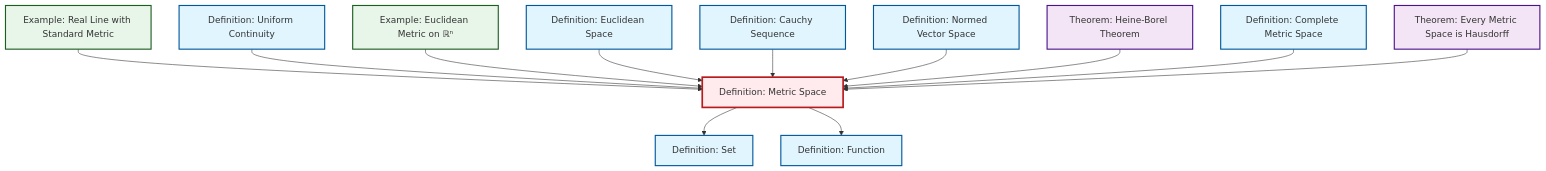
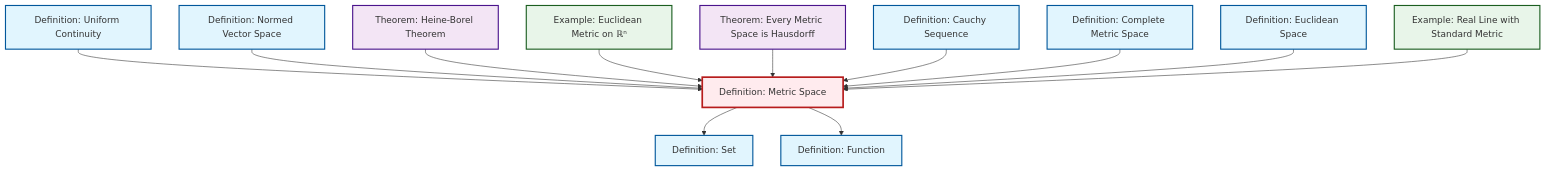
The diagram in content/ja/analysis/def-metric-space.qmd (RK0429/ModernMath), drawn with Mermaid before and after one commit. The commit also changed other lines of this file and 597 other files, not shown here.

````diff
--- a/content/ja/analysis/def-metric-space.qmd
+++ b/content/ja/analysis/def-metric-space.qmd
@@ -52,44 +52,44 @@
 ```{mermaid}
 %%| fig-cap: "Local dependency graph"
 graph TD
     classDef definition fill:#e1f5fe,stroke:#01579b,stroke-width:2px
     classDef theorem fill:#f3e5f5,stroke:#4a148c,stroke-width:2px
     classDef axiom fill:#fff3e0,stroke:#e65100,stroke-width:2px
     classDef example fill:#e8f5e9,stroke:#1b5e20,stroke-width:2px
     classDef current fill:#ffebee,stroke:#b71c1c,stroke-width:3px
+    def-complete-metric-space["Definition: Complete Metric Space"]:::definition
+    ex-euclidean-metric["Example: Euclidean Metric on ℝⁿ"]:::example
+    ex-real-line-metric["Example: Real Line with Standard Metric"]:::example
+    def-euclidean-space["Definition: Euclidean Space"]:::definition
+    thm-heine-borel["Theorem: Heine-Borel Theorem"]:::theorem
+    thm-metric-hausdorff["Theorem: Every Metric Space is Hausdorff"]:::theorem
+    def-uniform-continuity["Definition: Uniform Continuity"]:::definition
+    def-function["Definition: Function"]:::definition
+    def-metric-space["Definition: Metric Space"]:::definition
+    def-set["Definition: Set"]:::definition
+    def-cauchy-sequence["Definition: Cauchy Sequence"]:::definition
     def-normed-vector-space["Definition: Normed Vector Space"]:::definition
-    ex-real-line-metric["Example: Real Line with Standard Metric"]:::example
-    def-function["Definition: Function"]:::definition
-    thm-heine-borel["Theorem: Heine-Borel Theorem"]:::theorem
-    def-euclidean-space["Definition: Euclidean Space"]:::definition
-    def-uniform-continuity["Definition: Uniform Continuity"]:::definition
-    thm-metric-hausdorff["Theorem: Every Metric Space is Hausdorff"]:::theorem
-    ex-euclidean-metric["Example: Euclidean Metric on ℝⁿ"]:::example
-    def-metric-space["Definition: Metric Space"]:::definition
-    def-cauchy-sequence["Definition: Cauchy Sequence"]:::definition
-    def-set["Definition: Set"]:::definition
-    def-complete-metric-space["Definition: Complete Metric Space"]:::definition
-    ex-real-line-metric --> def-metric-space
     def-uniform-continuity --> def-metric-space
-    ex-euclidean-metric --> def-metric-space
-    def-euclidean-space --> def-metric-space
-    def-cauchy-sequence --> def-metric-space
-    def-metric-space --> def-set
     def-normed-vector-space --> def-metric-space
     thm-heine-borel --> def-metric-space
+    def-metric-space --> def-set
     def-metric-space --> def-function
+    ex-euclidean-metric --> def-metric-space
+    thm-metric-hausdorff --> def-metric-space
+    def-cauchy-sequence --> def-metric-space
     def-complete-metric-space --> def-metric-space
-    thm-metric-hausdorff --> def-metric-space
+    def-euclidean-space --> def-metric-space
+    ex-real-line-metric --> def-metric-space
     class def-metric-space current
+    click def-complete-metric-space "def-complete-metric-space.html" "Definition: Complete Metric Spaceへ"
+    click ex-euclidean-metric "ex-euclidean-metric.html" "Example: Euclidean Metric on ℝⁿへ"
+    click ex-real-line-metric "ex-real-line-metric.html" "Example: Real Line with Standard Metricへ"
+    click def-euclidean-space "def-euclidean-space.html" "Definition: Euclidean Spaceへ"
+    click thm-heine-borel "thm-heine-borel.html" "Theorem: Heine-Borel Theoremへ"
+    click thm-metric-hausdorff "thm-metric-hausdorff.html" "Theorem: Every Metric Space is Hausdorffへ"
+    click def-uniform-continuity "def-uniform-continuity.html" "Definition: Uniform Continuityへ"
+    click def-function "def-function.html" "Definition: Functionへ"
+    click def-set "def-set.html" "Definition: Setへ"
+    click def-cauchy-sequence "def-cauchy-sequence.html" "Definition: Cauchy Sequenceへ"
     click def-normed-vector-space "def-normed-vector-space.html" "Definition: Normed Vector Spaceへ"
-    click ex-real-line-metric "ex-real-line-metric.html" "Example: Real Line with Standard Metricへ"
-    click def-function "def-function.html" "Definition: Functionへ"
-    click thm-heine-borel "thm-heine-borel.html" "Theorem: Heine-Borel Theoremへ"
-    click def-euclidean-space "def-euclidean-space.html" "Definition: Euclidean Spaceへ"
-    click def-uniform-continuity "def-uniform-continuity.html" "Definition: Uniform Continuityへ"
-    click thm-metric-hausdorff "thm-metric-hausdorff.html" "Theorem: Every Metric Space is Hausdorffへ"
-    click ex-euclidean-metric "ex-euclidean-metric.html" "Example: Euclidean Metric on ℝⁿへ"
-    click def-cauchy-sequence "def-cauchy-sequence.html" "Definition: Cauchy Sequenceへ"
-    click def-set "def-set.html" "Definition: Setへ"
-    click def-complete-metric-space "def-complete-metric-space.html" "Definition: Complete Metric Spaceへ"
 ```
````
